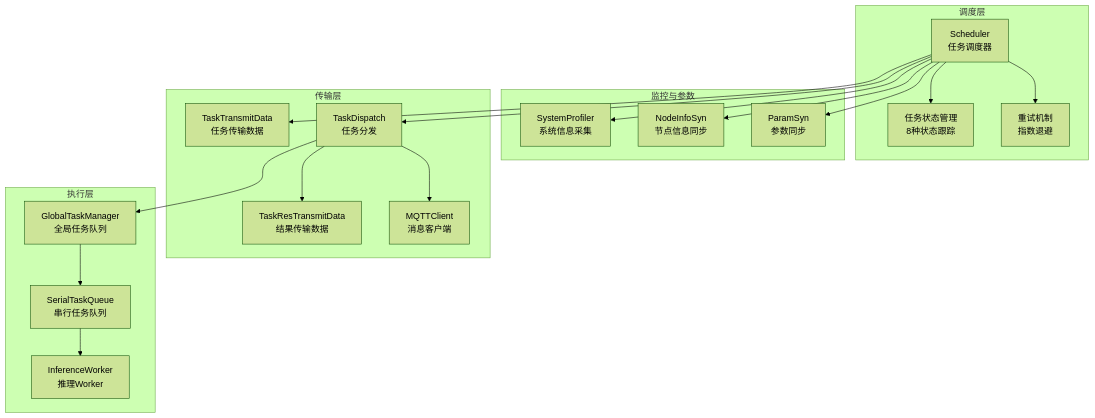
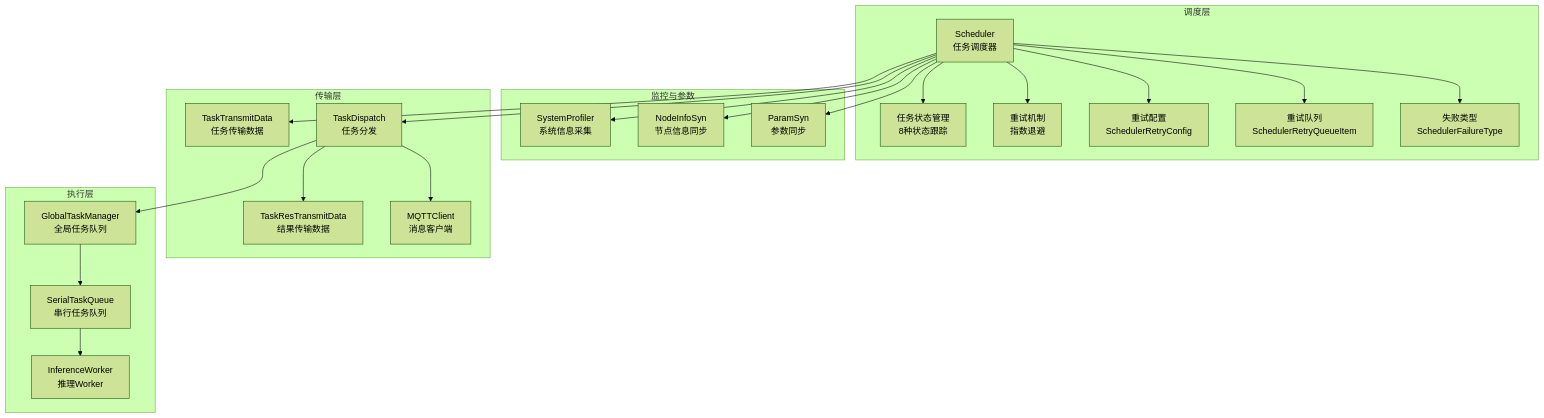
One commit to huo65/OH-Co3 changed the first of 12 diagrams in .qoder/repowiki/zh/content/任务调度系统/任务调度器.md. Above: the diagram before and after it, drawn with Mermaid (forest theme). The commit also changed other lines of this file and 12 other files, not shown here.

````diff
--- a/.qoder/repowiki/zh/content/任务调度系统/任务调度器.md
+++ b/.qoder/repowiki/zh/content/任务调度系统/任务调度器.md
@@ -45,36 +57,42 @@
 ```mermaid
 graph TB
 subgraph "调度层"
 S["Scheduler<br/>任务调度器"]
 TS["任务状态管理<br/>8种状态跟踪"]
 RM["重试机制<br/>指数退避"]
+RC["重试配置<br/>SchedulerRetryConfig"]
+RQ["重试队列<br/>SchedulerRetryQueueItem"]
+FT["失败类型<br/>SchedulerFailureType"]
 end
 subgraph "监控与参数"
 SP["SystemProfiler<br/>系统信息采集"]
 NI["NodeInfoSyn<br/>节点信息同步"]
 PS["ParamSyn<br/>参数同步"]
 end
 subgraph "传输层"
 TD["TaskTransmitData<br/>任务传输数据"]
 TD2["TaskResTransmitData<br/>结果传输数据"]
 TD3["TaskDispatch<br/>任务分发"]
 MQTT["MQTTClient<br/>消息客户端"]
 end
 subgraph "执行层"
 GTM["GlobalTaskManager<br/>全局任务队列"]
 STQ["SerialTaskQueue<br/>串行任务队列"]
 IW["InferenceWorker<br/>推理Worker"]
 end
 S --> SP
 S --> NI
 S --> PS
 S --> TS
 S --> RM
+S --> RC
+S --> RQ
+S --> FT
 S --> TD
 S --> TD3
 TD3 --> MQTT
 TD3 --> TD2
 TD3 --> GTM
 GTM --> STQ
 STQ --> IW
 ```
````
